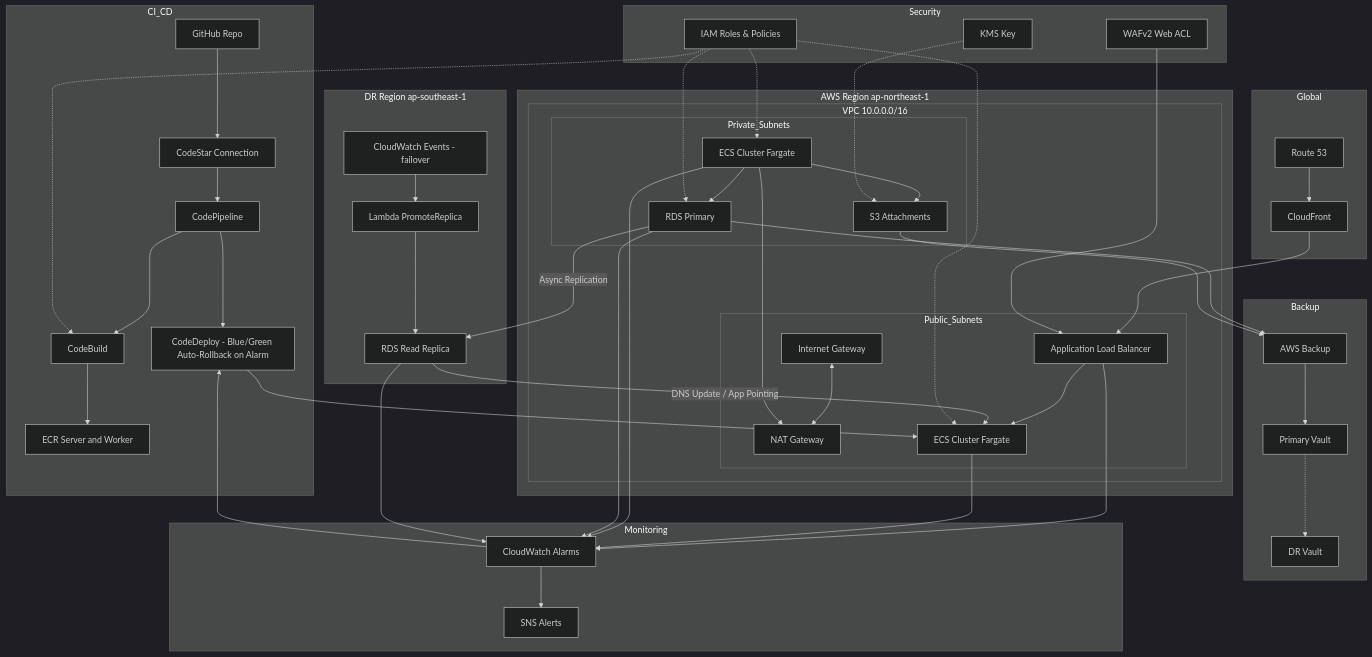
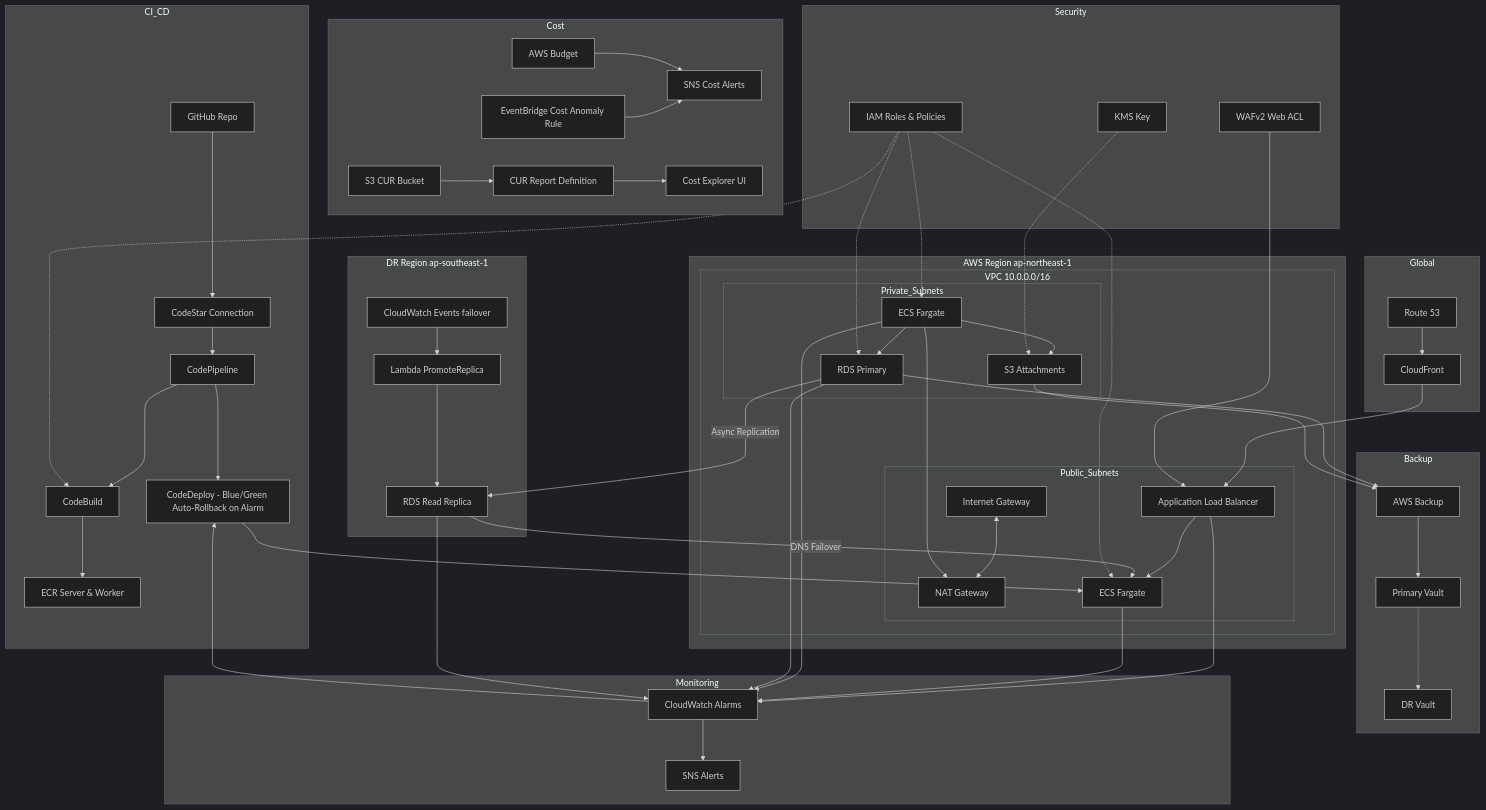
The first of 2 diagrams in README.md (Dakarakoso/challenge), drawn with Mermaid (dark theme) before and after one commit. The commit also changed other lines of this file and 9 other files, not shown here.

Commit message:
feat: implement cost management

````diff
--- a/README.md
+++ b/README.md
@@ -26,7 +24,7 @@
     GH[GitHub Repo] --> CSC[CodeStar Connection]
     CSC --> CP[CodePipeline]
     CP --> CB[CodeBuild]
-    CB --> ECR[ECR Server and Worker]
+    CB --> ECR[ECR Server & Worker]
     CP --> CD[CodeDeploy - Blue/Green Auto-Rollback on Alarm]
   end
 
@@ -42,12 +40,12 @@
         IGW[Internet Gateway]
         NAT[NAT Gateway]
         IGW <--> NAT
-        ALB[Application Load Balancer] --> ECS_Public[ECS Cluster Fargate]
+        ALB[Application Load Balancer] --> ECS_Public[ECS Fargate]
       end
 
       subgraph Private_Subnets
-        ECS_Private[ECS Cluster Fargate] --> RDS_Primary[RDS Primary]
-        ECS_Private --> S3[S3 Attachments]
+        ECS_Private[ECS Fargate] --> RDS_Primary[RDS Primary]
+        ECS_Private --> S3_Attach[S3 Attachments]
         ECS_Private --> NAT
       end
     end
@@ -60,19 +58,20 @@
   subgraph "DR Region ap-southeast-1"
     RDS_Replica[RDS Read Replica]
     RDS_Primary -->|Async Replication| RDS_Replica
-    CW_Event[CloudWatch Events - failover] --> Lambda[Lambda PromoteReplica]
+    CW_Event[CloudWatch Events failover] --> Lambda[Lambda PromoteReplica]
     Lambda --> RDS_Replica
-    RDS_Replica -->|DNS Update / App Pointing| ECS_Public
+    RDS_Replica -->|DNS Failover| ECS_Public
   end
 
-  %% Backup & Monitoring
+  %% Backup
   subgraph Backup
     AWSB[AWS Backup] --> PV[Primary Vault]
     PV -.-> DRV[DR Vault]
     RDS_Primary --> AWSB
-    S3 --> AWSB
+    S3_Attach --> AWSB
   end
 
+  %% Monitoring
   subgraph Monitoring
     CW[CloudWatch Alarms] --> SNS[SNS Alerts]
     CW --> CD
@@ -83,14 +82,25 @@
     RDS_Replica --> CW
   end
 
+  %% Cost Management
+  subgraph Cost
+    CURBucket[S3 CUR Bucket]
+    CURBucket --> CURDef[CUR Report Definition]
+    Budget[AWS Budget] --> SNSCost[SNS Cost Alerts]
+    AnomalyRule[EventBridge Cost Anomaly Rule] --> SNSCost
+    CURDef --> CostExplorer["Cost Explorer UI"]
+  end
+
   %% Security
   subgraph Security
     IAM[IAM Roles & Policies] -.-> CB
     IAM -.-> ECS_Public
     IAM -.-> ECS_Private
     IAM -.-> RDS_Primary
-    KMS[KMS Key] -.-> S3
+    KMS[KMS Key] -.-> S3_Attach
     WAF[WAFv2 Web ACL] --> ALB
   end
 
+
+
 ```
````
